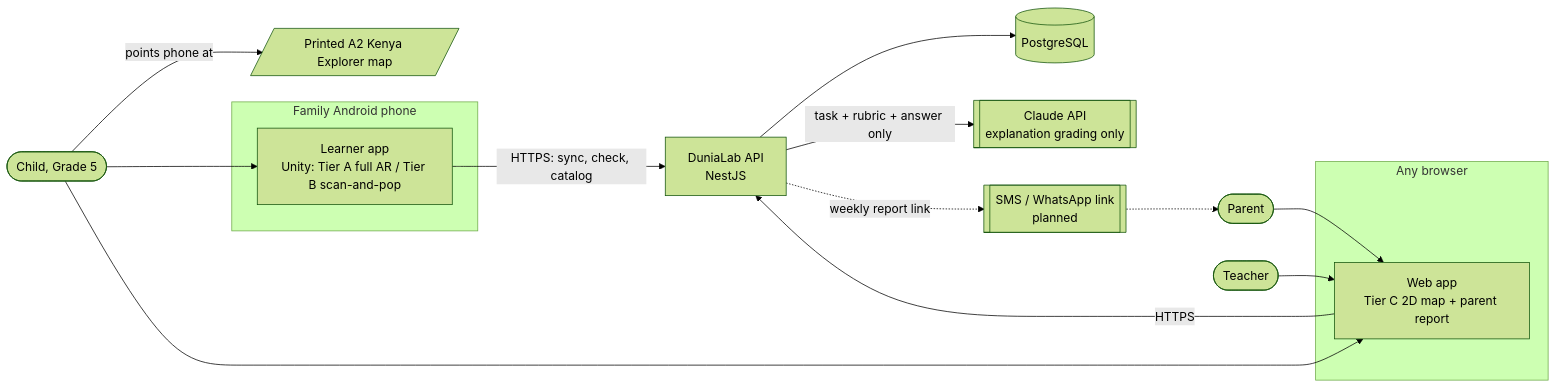
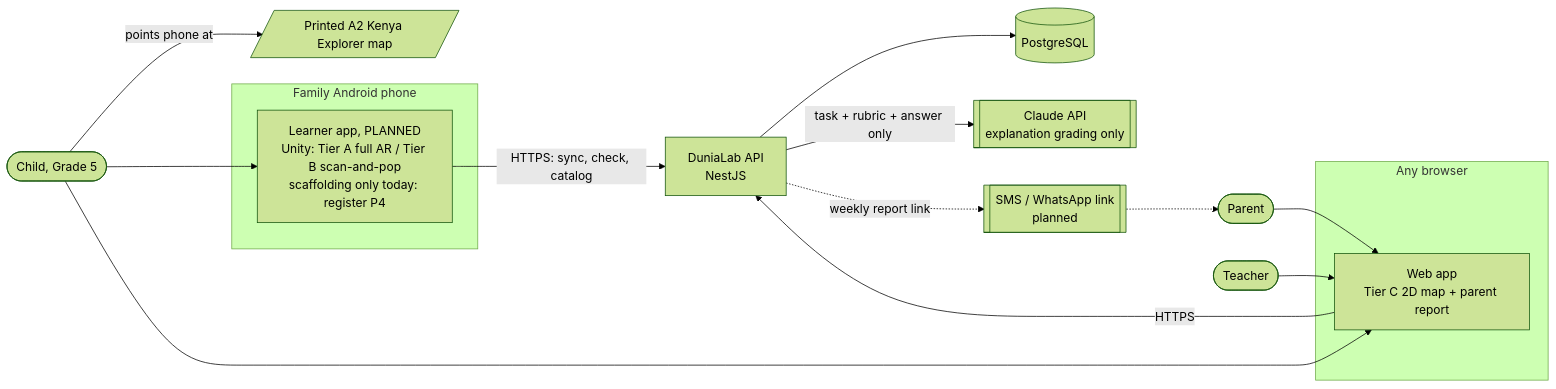
The first of 2 diagrams in docs/architecture/README.md (Alamin-Juma/Oman-Maps), drawn with Mermaid (forest theme) before and after one commit. The commit also changed other lines of this file and 130 other files, not shown here.

````diff
--- a/docs/architecture/README.md
+++ b/docs/architecture/README.md
@@ -24,31 +24,31 @@
 ```mermaid
 flowchart LR
   child([Child, Grade 5])
   parent([Parent])
   teacher([Teacher])
   map[/Printed A2 Kenya Explorer map/]
 
   subgraph phone[Family Android phone]
-    unity[Learner app<br/>Unity: Tier A full AR / Tier B scan-and-pop]
+    unity[Learner app, PLANNED<br/>Unity: Tier A full AR / Tier B scan-and-pop<br/>scaffolding only today: register P4]
   end
   subgraph browser[Any browser]
     web[Web app<br/>Tier C 2D map + parent report]
   end
 
   api[DuniaLab API<br/>NestJS]
   db[(PostgreSQL)]
   claude[[Claude API<br/>explanation grading only]]
   sms[[SMS / WhatsApp link<br/>planned]]
 
   child -- points phone at --> map
   child --> unity
   child --> web
   parent --> web
   teacher --> web
   unity -- HTTPS: sync, check, catalog --> api
   web -- HTTPS --> api
   api --> db
   api -- task + rubric + answer only --> claude
   api -. weekly report link .-> sms
   sms -.-> parent
 ```
````
